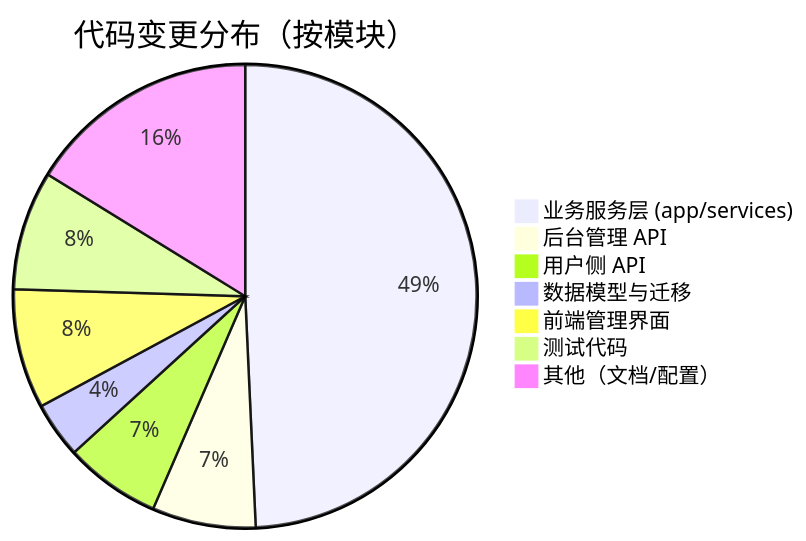
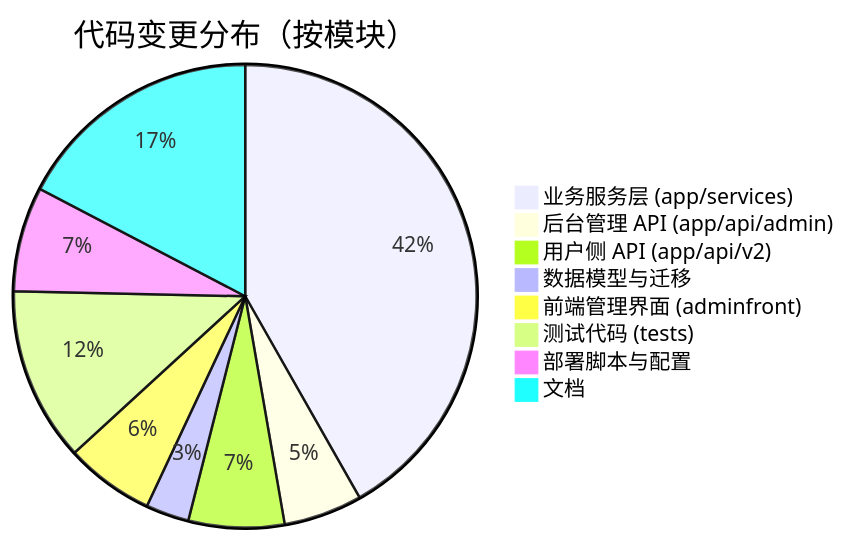
Before and after one commit to JackWPP/smartphoto_backend: the seventh of 7 diagrams in docs/pipeline_improvement_工作总结.md, drawn with Mermaid. The commit also changed other lines of this file and 11 other files, not shown here.

````diff
--- a/docs/pipeline_improvement_工作总结.md
+++ b/docs/pipeline_improvement_工作总结.md
@@ -191,10 +290,11 @@
 ```mermaid
 pie title 代码变更分布（按模块）
-    "业务服务层 (app/services)" : 2180
-    "后台管理 API" : 320
-    "用户侧 API" : 297
-    "数据模型与迁移" : 173
-    "前端管理界面" : 369
-    "测试代码" : 368
-    "其他（文档/配置）" : 717
+    "业务服务层 (app/services)" : 2480
+    "后台管理 API (app/api/admin)" : 326
+    "用户侧 API (app/api/v2)" : 397
+    "数据模型与迁移" : 179
+    "前端管理界面 (adminfront)" : 369
+    "测试代码 (tests)" : 721
+    "部署脚本与配置" : 435
+    "文档" : 1029
 ```
````
